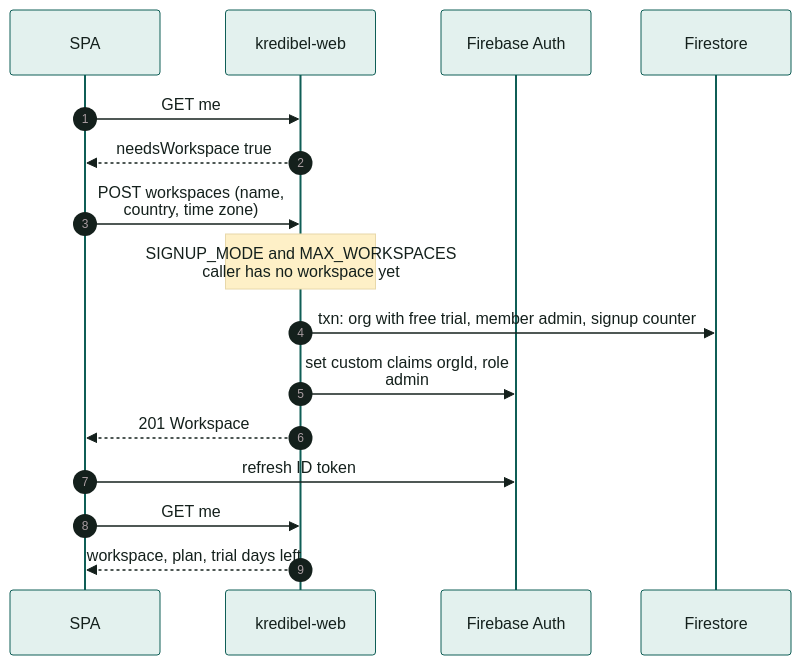
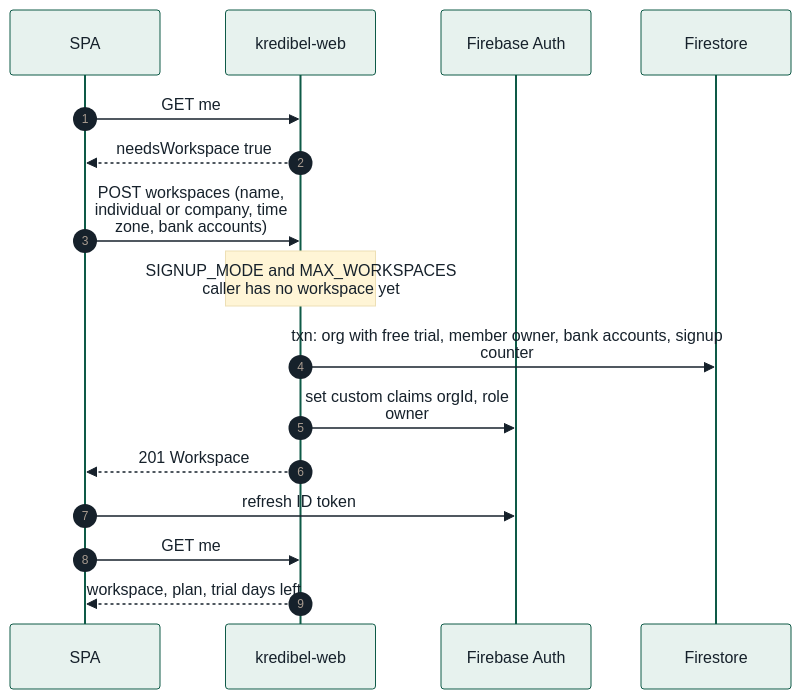
One commit to fadlytanjung/kredibel changed the fourth of 9 diagrams in docs/05-architecture.md. Above: the diagram before and after it, drawn with Mermaid. The commit also changed other lines of this file and 245 other files, not shown here.

````diff
--- a/docs/05-architecture.md
+++ b/docs/05-architecture.md
@@ -168,20 +175,20 @@
 ```mermaid
-%%{init: {"theme": "base", "themeVariables": {"fontFamily": "Arial, Helvetica, sans-serif", "fontSize": "14px", "primaryColor": "#E3F1EE", "primaryBorderColor": "#0F5E56", "primaryTextColor": "#14201C", "lineColor": "#55625D", "secondaryColor": "#F0F2EF", "tertiaryColor": "#FFFFFF", "clusterBkg": "#F7F8F6", "clusterBorder": "#B8BFB9", "noteBkgColor": "#FEF0C7", "noteTextColor": "#14201C"}, "htmlLabels": false, "flowchart": {"htmlLabels": false, "padding": 16, "nodeSpacing": 40, "rankSpacing": 50, "wrappingWidth": 220}, "sequence": {"wrap": true, "useMaxWidth": true, "noteFontFamily": "Arial, Helvetica, sans-serif", "messageFontFamily": "Arial, Helvetica, sans-serif", "actorFontFamily": "Arial, Helvetica, sans-serif"}}}%%
+%%{init: {"theme": "base", "themeVariables": {"fontFamily": "Arial, Helvetica, sans-serif", "fontSize": "14px", "primaryColor": "#E7F2EE", "primaryBorderColor": "#0E5A47", "primaryTextColor": "#16212B", "lineColor": "#56636F", "secondaryColor": "#E8ECEE", "tertiaryColor": "#FFFFFF", "clusterBkg": "#F2F4F5", "clusterBorder": "#B9C2CA", "noteBkgColor": "#FFF5D6", "noteTextColor": "#16212B"}, "htmlLabels": false, "flowchart": {"htmlLabels": false, "padding": 16, "nodeSpacing": 40, "rankSpacing": 50, "wrappingWidth": 220}, "sequence": {"wrap": true, "useMaxWidth": true, "noteFontFamily": "Arial, Helvetica, sans-serif", "messageFontFamily": "Arial, Helvetica, sans-serif", "actorFontFamily": "Arial, Helvetica, sans-serif"}}}%%
 sequenceDiagram
     autonumber
     participant UI as SPA
     participant API as kredibel-web
     participant FA as Firebase Auth
     participant FS as Firestore
 
     UI->>API: GET me
     API-->>UI: needsWorkspace true
-    UI->>API: POST workspaces (name, country, time zone)
+    UI->>API: POST workspaces (name, individual or company, time zone, bank accounts)
     Note over API: SIGNUP_MODE and MAX_WORKSPACES<br/>caller has no workspace yet
-    API->>FS: txn: org with free trial, member admin, signup counter
-    API->>FA: set custom claims orgId, role admin
+    API->>FS: txn: org with free trial, member owner, bank accounts, signup counter
+    API->>FA: set custom claims orgId, role owner
     API-->>UI: 201 Workspace
     UI->>FA: refresh ID token
     UI->>API: GET me
     API-->>UI: workspace, plan, trial days left
 ```
````
